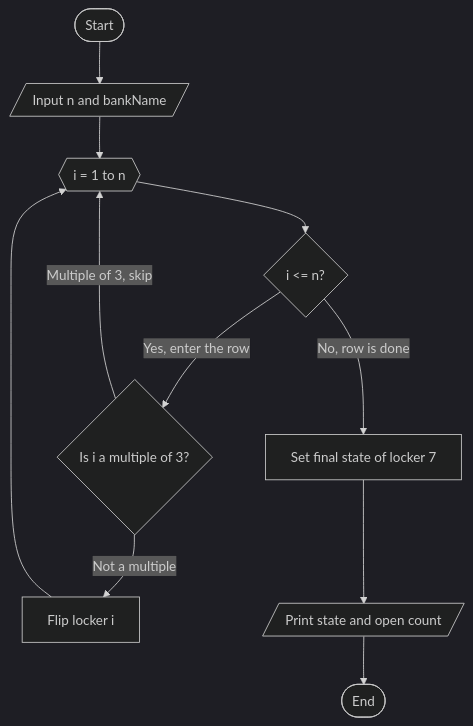
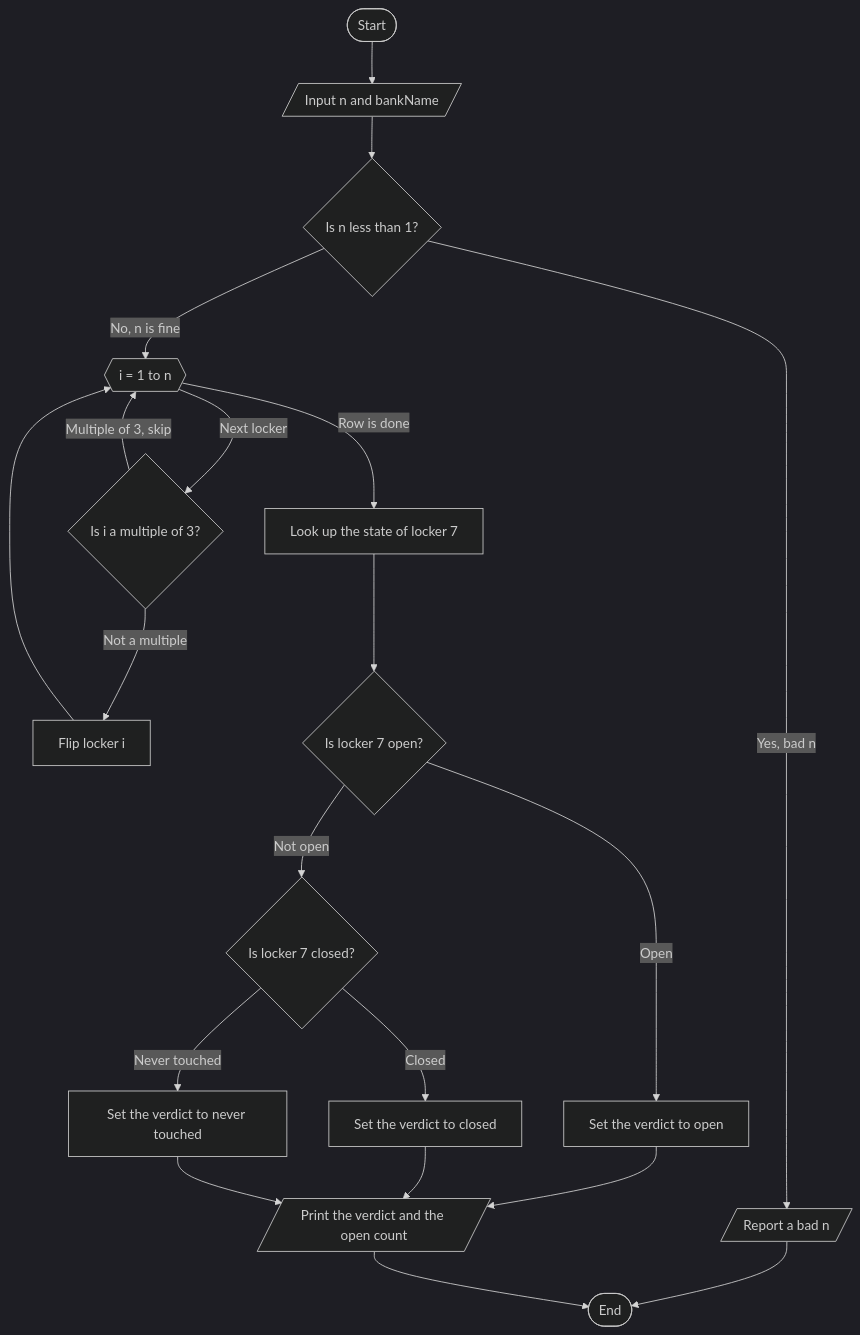
The diagram in lessons/2-6-1-ch2-group-pa-design-chart/solution/chart-hexagon.mmd (shuff57/shCode), drawn with Mermaid (dark theme) before and after one commit. The commit also changed 5 other files, not shown here.

First line of the commit message:
fix(tests): reference charts match their own problems; 2.7.4 page says a switch is chained diamonds

```diff
--- a/lessons/2-6-1-ch2-group-pa-design-chart/solution/chart-hexagon.mmd
+++ b/lessons/2-6-1-ch2-group-pa-design-chart/solution/chart-hexagon.mmd
@@ -1,20 +1,35 @@
 flowchart TD
   A([Start])
   B[/Input n and bankName/]
-  C{{i = 1 to n}}
-  D{i <= n?}
-  E{Is i a multiple of 3?}
-  F[Flip locker i]
-  G[Set final state of locker 7]
-  H[/Print state and open count/]
+  C{Is n less than 1?}
+  D[/Report a bad n/]
+  E{{i = 1 to n}}
+  F{Is i a multiple of 3?}
+  G[Flip locker i]
+  H[Look up the state of locker 7]
+  I{Is locker 7 open?}
+  J[Set the verdict to open]
+  K{Is locker 7 closed?}
+  L[Set the verdict to closed]
+  M[Set the verdict to never touched]
+  N[/Print the verdict and the open count/]
   Z([End])
   A --> B
   B --> C
-  C --> D
-  D -- Yes, enter the row --> E
-  D -- No, row is done --> G
-  E -- Multiple of 3, skip --> C
-  E -- Not a multiple --> F
-  F --> C
-  G --> H
-  H --> Z
+  C -- "Yes, bad n" --> D
+  C -- "No, n is fine" --> E
+  D --> Z
+  E -- "Next locker" --> F
+  F -- "Multiple of 3, skip" --> E
+  F -- "Not a multiple" --> G
+  G --> E
+  E -- "Row is done" --> H
+  H --> I
+  I -- "Open" --> J
+  I -- "Not open" --> K
+  K -- "Closed" --> L
+  K -- "Never touched" --> M
+  J --> N
+  L --> N
+  M --> N
+  N --> Z
```
